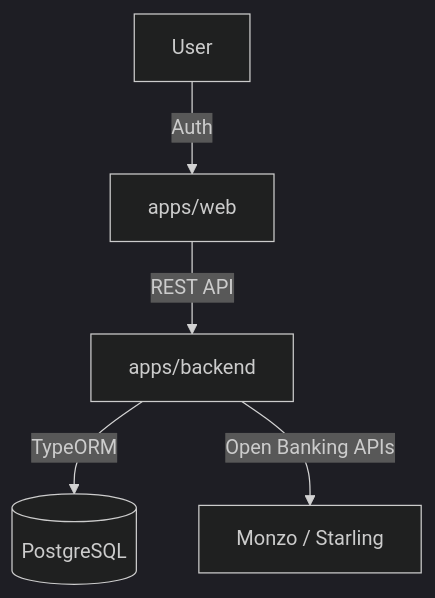
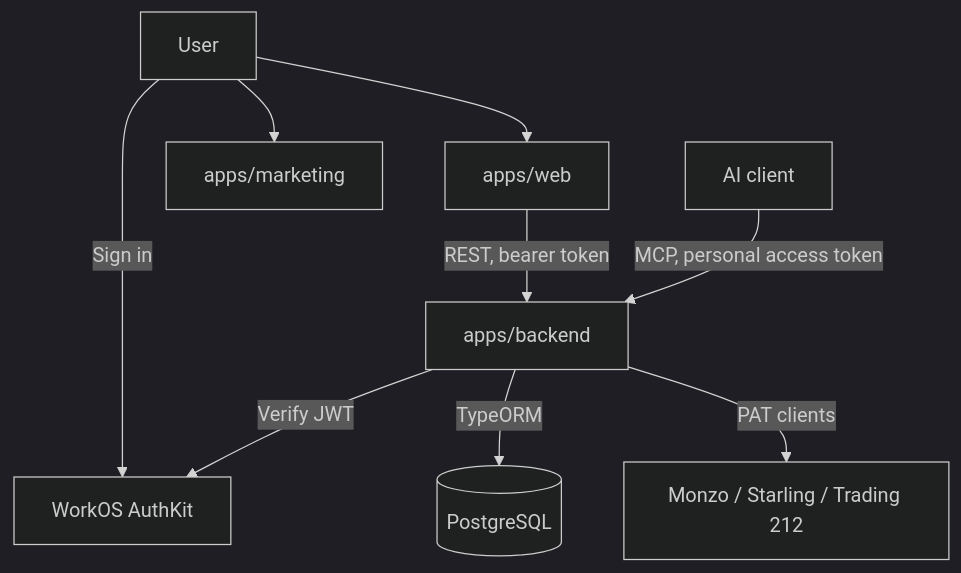
Before and after one commit to mgallagher56/flump: the diagram in docs/app_functionality.md, drawn with Mermaid (dark theme). The commit also changed other lines of this file, not shown here.

Commit message:
docs: correct app functionality overview (bank connections, receipts, architecture, missing modules)

````diff
--- a/docs/app_functionality.md
+++ b/docs/app_functionality.md
@@ -70,7 +80,11 @@
 ```mermaid
 graph TD
-  User -->|Auth| Frontend[apps/web]
-  Frontend -->|REST API| Backend[apps/backend]
+  User -->|Sign in| WorkOS[WorkOS AuthKit]
+  User --> Web[apps/web]
+  User --> Marketing[apps/marketing]
+  Web -->|REST, bearer token| Backend[apps/backend]
+  Agent[AI client] -->|MCP, personal access token| Backend
+  Backend -->|Verify JWT| WorkOS
   Backend -->|TypeORM| DB[(PostgreSQL)]
-  Backend -->|Open Banking APIs| Providers[Monzo / Starling]
+  Backend -->|PAT clients| Banks[Monzo / Starling / Trading 212]
 ```
````
